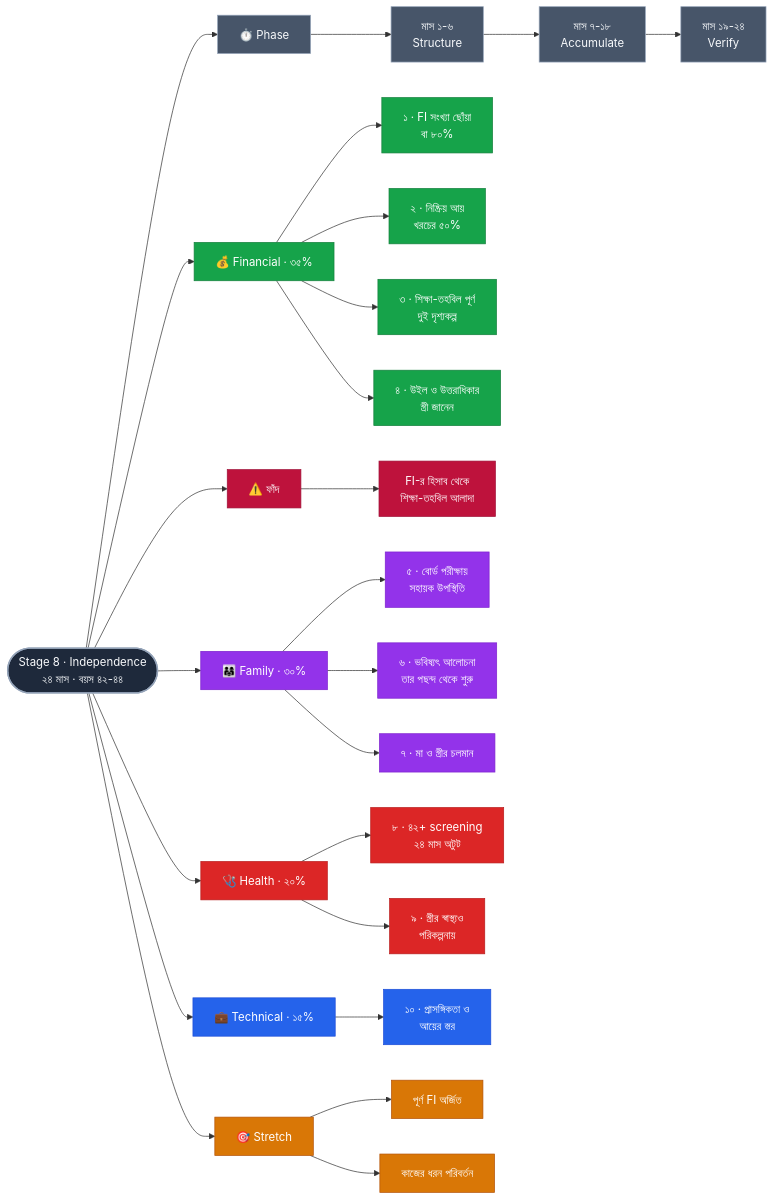
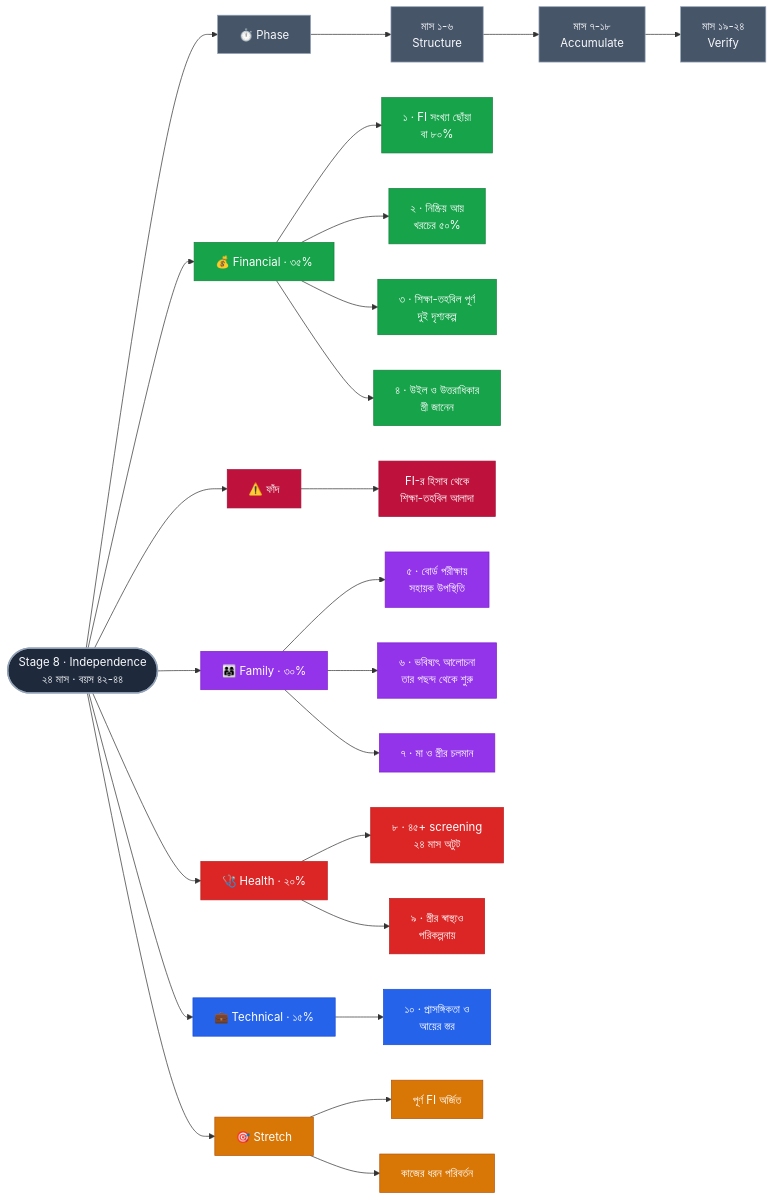
The diagram in docs/stages/stage-08-independence.md (sojibrd/legacy_and_wisdom), drawn with Mermaid before and after one commit. The commit also changed other lines of this file and 29 other files, not shown here.

First line of the commit message:
Add dashboard client, stage tracking, and mermaid diagrams

````diff
--- a/docs/stages/stage-08-independence.md
+++ b/docs/stages/stage-08-independence.md
@@ -87,53 +99,53 @@
 ```mermaid
 flowchart LR
     S(["Stage 8 · Independence<br/>২৪ মাস · বয়স ৪২-৪৪"])
 
     S --> PH["⏱️ Phase"]
     P0["মাস ১-৬<br/>Structure"]
     P1["মাস ৭-১৮<br/>Accumulate"]
     P2["মাস ১৯-২৪<br/>Verify"]
     PH --> P0 --> P1 --> P2
 
     S --> G0["💰 Financial · ৩৫%"]
     G0 --> G00["১ · FI সংখ্যা ছোঁয়া<br/>বা ৮০%"]
     G0 --> G01["২ · নিষ্ক্রিয় আয়<br/>খরচের ৫০%"]
     G0 --> G02["৩ · শিক্ষা-তহবিল পূর্ণ<br/>দুই দৃশ্যকল্প"]
     G0 --> G03["৪ · উইল ও উত্তরাধিকার<br/>স্ত্রী জানেন"]
 
     S --> G1["⚠️ ফাঁদ"]
     G1 --> G10["FI-র হিসাব থেকে<br/>শিক্ষা-তহবিল আলাদা"]
 
     S --> G2["👨‍👩‍👧 Family · ৩০%"]
     G2 --> G20["৫ · বোর্ড পরীক্ষায়<br/>সহায়ক উপস্থিতি"]
     G2 --> G21["৬ · ভবিষ্যৎ আলোচনা<br/>তার পছন্দ থেকে শুরু"]
     G2 --> G22["৭ · মা ও স্ত্রীর চলমান"]
 
     S --> G3["🩺 Health · ২০%"]
-    G3 --> G30["৮ · ৪২+ screening<br/>২৪ মাস অটুট"]
+    G3 --> G30["৮ · ৪৫+ screening<br/>২৪ মাস অটুট"]
     G3 --> G31["৯ · স্ত্রীর স্বাস্থ্যও<br/>পরিকল্পনায়"]
 
     S --> G4["💼 Technical · ১৫%"]
     G4 --> G40["১০ · প্রাসঙ্গিকতা ও<br/>আয়ের স্তর"]
 
     S --> G5["🎯 Stretch"]
     G5 --> G50["পূর্ণ FI অর্জিত"]
     G5 --> G51["কাজের ধরন পরিবর্তন"]
 
     classDef root fill:#1e293b,stroke:#94a3b8,stroke-width:2px,color:#f8fafc
     classDef phase fill:#475569,stroke:#94a3b8,color:#f8fafc
     classDef tech fill:#2563eb,stroke:#1d4ed8,color:#ffffff
     classDef fin fill:#16a34a,stroke:#15803d,color:#ffffff
     classDef health fill:#dc2626,stroke:#b91c1c,color:#ffffff
     classDef fam fill:#9333ea,stroke:#7e22ce,color:#ffffff
     classDef stretch fill:#d97706,stroke:#b45309,color:#ffffff
     classDef urgent fill:#be123c,stroke:#9f1239,color:#ffffff
     classDef note fill:#0891b2,stroke:#0e7490,color:#ffffff
     class S root
     class PH,P0,P1,P2 phase
     class G0,G00,G01,G02,G03 fin
     class G1,G10 urgent
     class G2,G20,G21,G22 fam
     class G3,G30,G31 health
     class G4,G40 tech
     class G5,G50,G51 stretch
 ```
````
